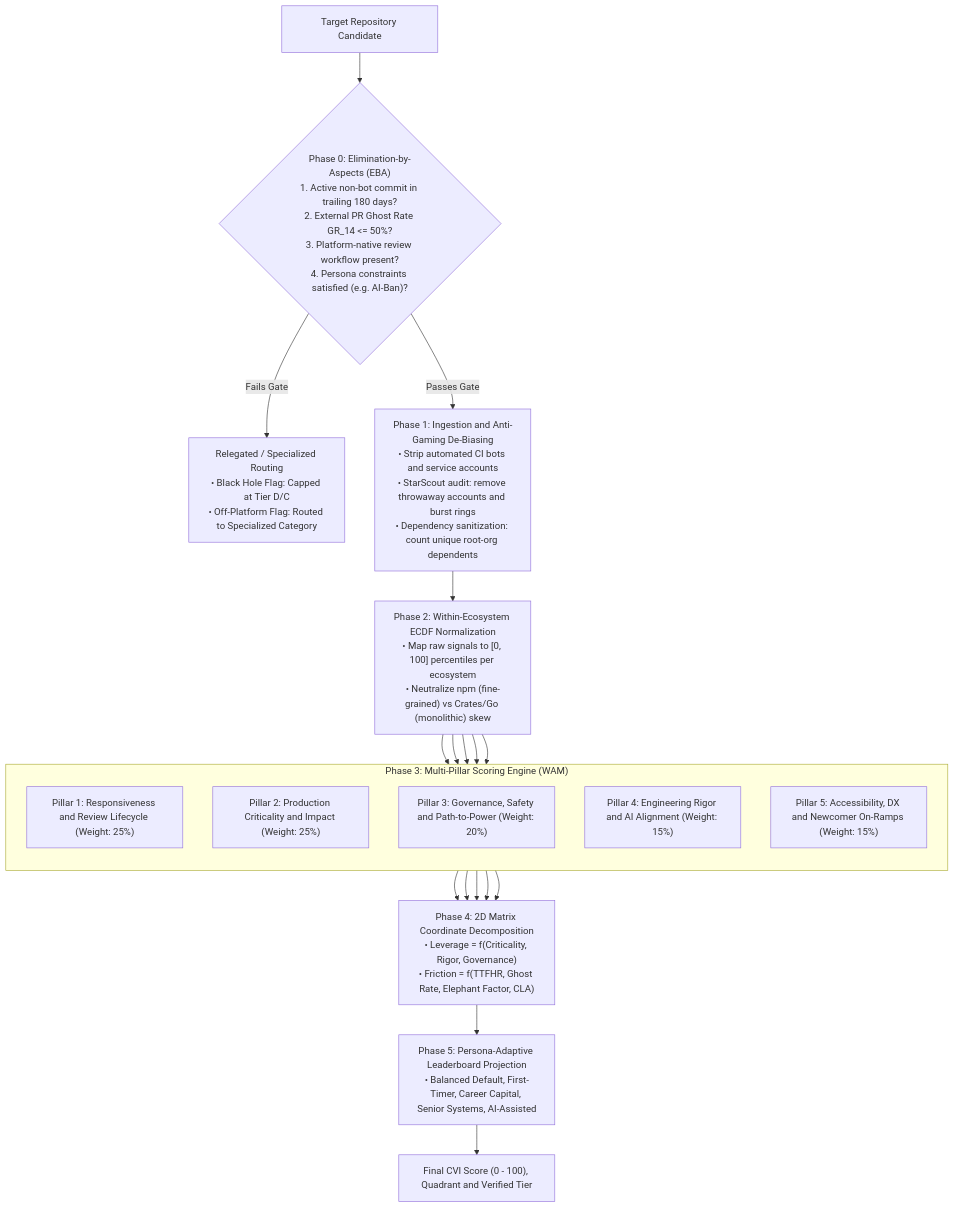
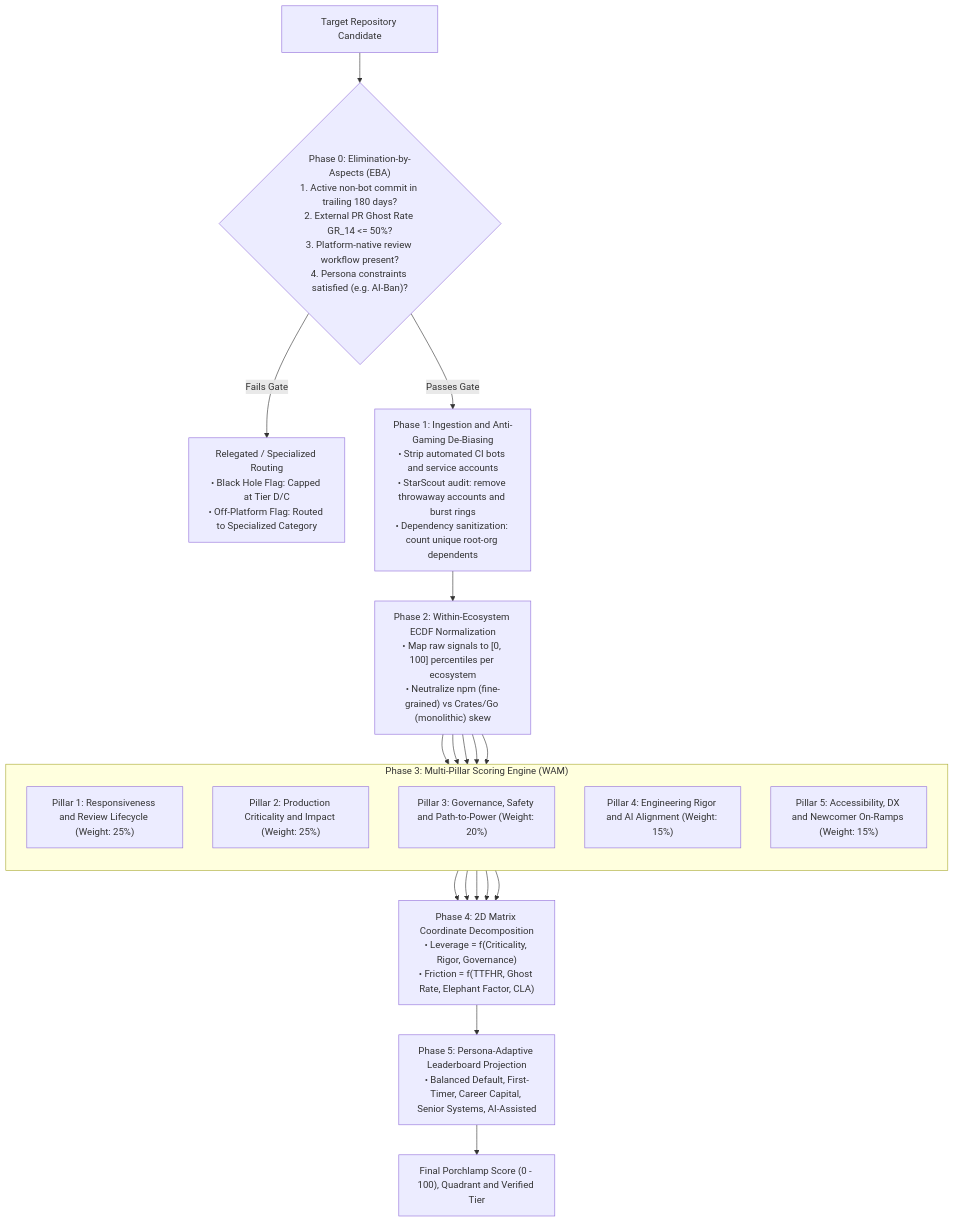
One commit to pctablet505/porchlamp-engine changed the second of 13 diagrams in docs/ARCHITECTURE.md. Above: the diagram before and after it, drawn with Mermaid. The commit also changed other lines of this file and 643 other files, not shown here.

````diff
--- a/docs/ARCHITECTURE.md
+++ b/docs/ARCHITECTURE.md
@@ -50,35 +50,35 @@
 ```mermaid
 flowchart TB
     Input["Target Repository Candidate"] --> Phase0{"Phase 0: Elimination-by-Aspects (EBA)<br/>1. Active non-bot commit in trailing 180 days?<br/>2. External PR Ghost Rate GR_14 <= 50%?<br/>3. Platform-native review workflow present?<br/>4. Persona constraints satisfied (e.g. AI-Ban)?"}
     
     Phase0 -- "Fails Gate" --> Relegated["Relegated / Specialized Routing<br/>• Black Hole Flag: Capped at Tier D/C<br/>• Off-Platform Flag: Routed to Specialized Category"]
     
     Phase0 -- "Passes Gate" --> Phase1["Phase 1: Ingestion and Anti-Gaming De-Biasing<br/>• Strip automated CI bots and service accounts<br/>• StarScout audit: remove throwaway accounts and burst rings<br/>• Dependency sanitization: count unique root-org dependents"]
 
     Phase1 --> Phase2["Phase 2: Within-Ecosystem ECDF Normalization<br/>• Map raw signals to [0, 100] percentiles per ecosystem<br/>• Neutralize npm (fine-grained) vs Crates/Go (monolithic) skew"]
 
     Phase2 --> P1
     Phase2 --> P2
     Phase2 --> P3
     Phase2 --> P4
     Phase2 --> P5
 
     subgraph Phase3 ["Phase 3: Multi-Pillar Scoring Engine (WAM)"]
         direction TB
         P1["Pillar 1: Responsiveness and Review Lifecycle (Weight: 25%)"]
         P2["Pillar 2: Production Criticality and Impact (Weight: 25%)"]
         P3["Pillar 3: Governance, Safety and Path-to-Power (Weight: 20%)"]
         P4["Pillar 4: Engineering Rigor and AI Alignment (Weight: 15%)"]
         P5["Pillar 5: Accessibility, DX and Newcomer On-Ramps (Weight: 15%)"]
     end
 
     P1 --> Phase4["Phase 4: 2D Matrix Coordinate Decomposition<br/>• Leverage = f(Criticality, Rigor, Governance)<br/>• Friction = f(TTFHR, Ghost Rate, Elephant Factor, CLA)"]
     P2 --> Phase4
     P3 --> Phase4
     P4 --> Phase4
     P5 --> Phase4
 
     Phase4 --> Phase5["Phase 5: Persona-Adaptive Leaderboard Projection<br/>• Balanced Default, First-Timer, Career Capital, Senior Systems, AI-Assisted"]
 
-    Phase5 --> Output["Final CVI Score (0 - 100), Quadrant and Verified Tier"]
+    Phase5 --> Output["Final Porchlamp Score (0 - 100), Quadrant and Verified Tier"]
 ```
````
